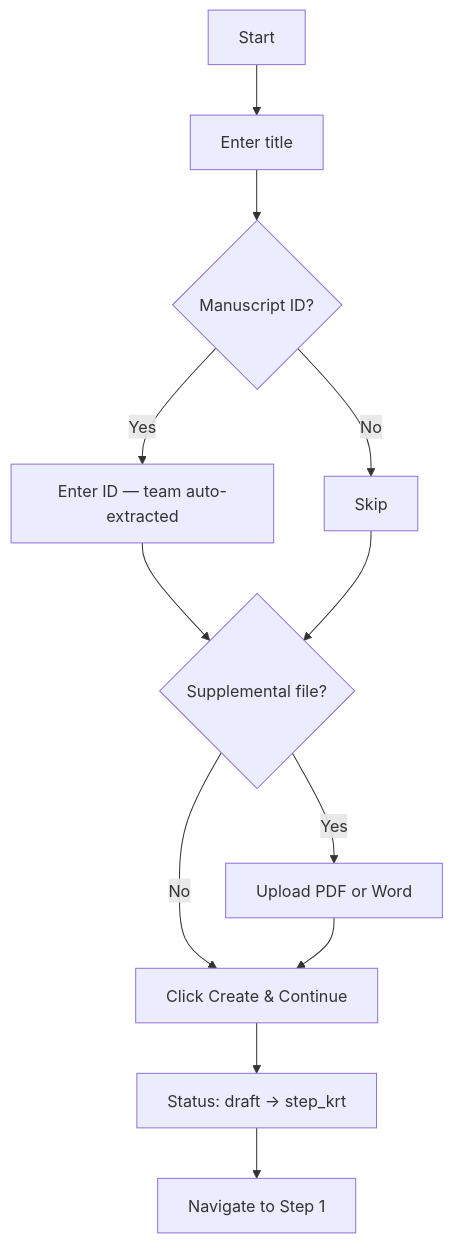
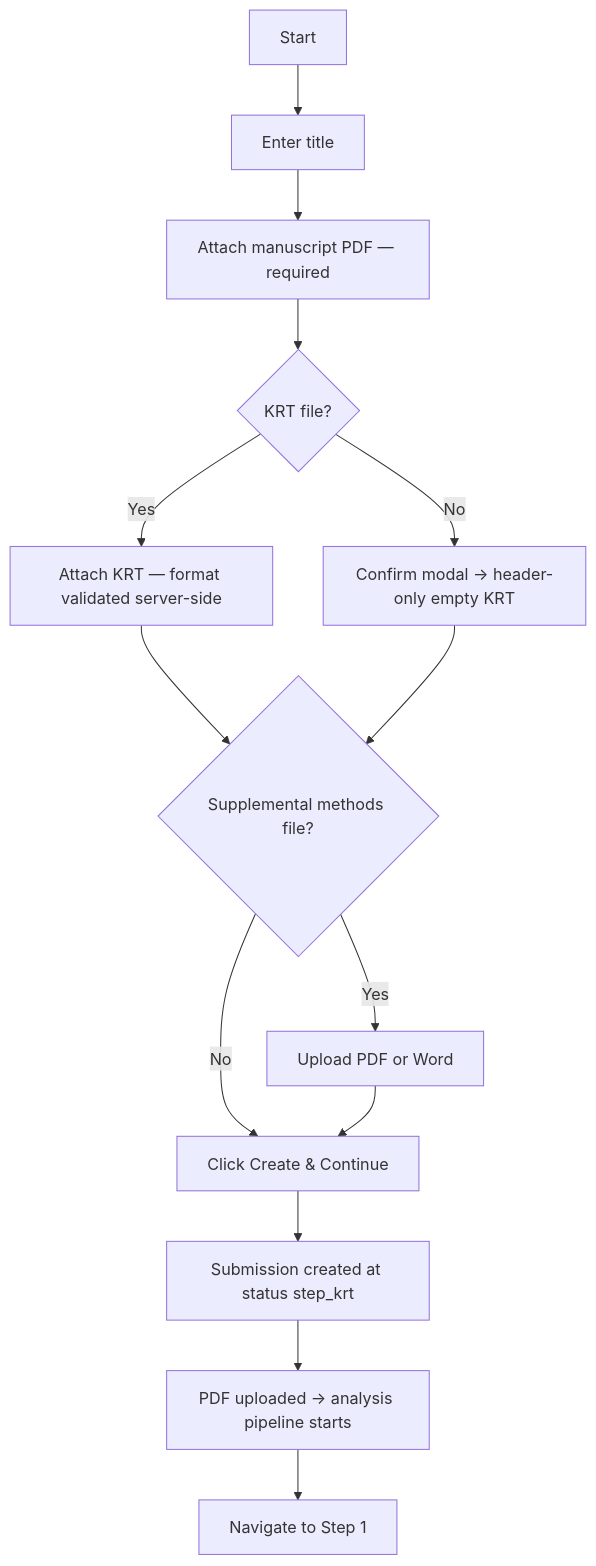
One commit to DataSeer/asap-kr-sync changed the second of 13 diagrams in docs/submission-workflow.md. Above: the diagram before and after it, drawn with Mermaid. The commit also changed other lines of this file and 3 other files, not shown here.

First line of the commit message:
docs: clarify materials detection, submission create, and report sheet

````diff
--- a/docs/submission-workflow.md
+++ b/docs/submission-workflow.md
@@ -43,14 +49,16 @@
 ```mermaid
 flowchart TD
     A[Start] --> B[Enter title]
-    B --> C{Manuscript ID?}
-    C -->|Yes| D[Enter ID — team auto-extracted]
-    C -->|No| E[Skip]
-    D --> F{Supplemental file?}
-    E --> F
-    F -->|Yes| G[Upload PDF or Word]
-    F -->|No| H[Click Create & Continue]
-    G --> H
-    H --> I[Status: draft → step_krt]
-    I --> J[Navigate to Step 1]
+    B --> C[Attach manuscript PDF — required]
+    C --> D{KRT file?}
+    D -->|Yes| E[Attach KRT — format validated server-side]
+    D -->|No| F[Confirm modal → header-only empty KRT]
+    E --> G{Supplemental methods file?}
+    F --> G
+    G -->|Yes| H[Upload PDF or Word]
+    G -->|No| I[Click Create & Continue]
+    H --> I
+    I --> J[Submission created at status step_krt]
+    J --> K[PDF uploaded → analysis pipeline starts]
+    K --> L[Navigate to Step 1]
 ```
````
